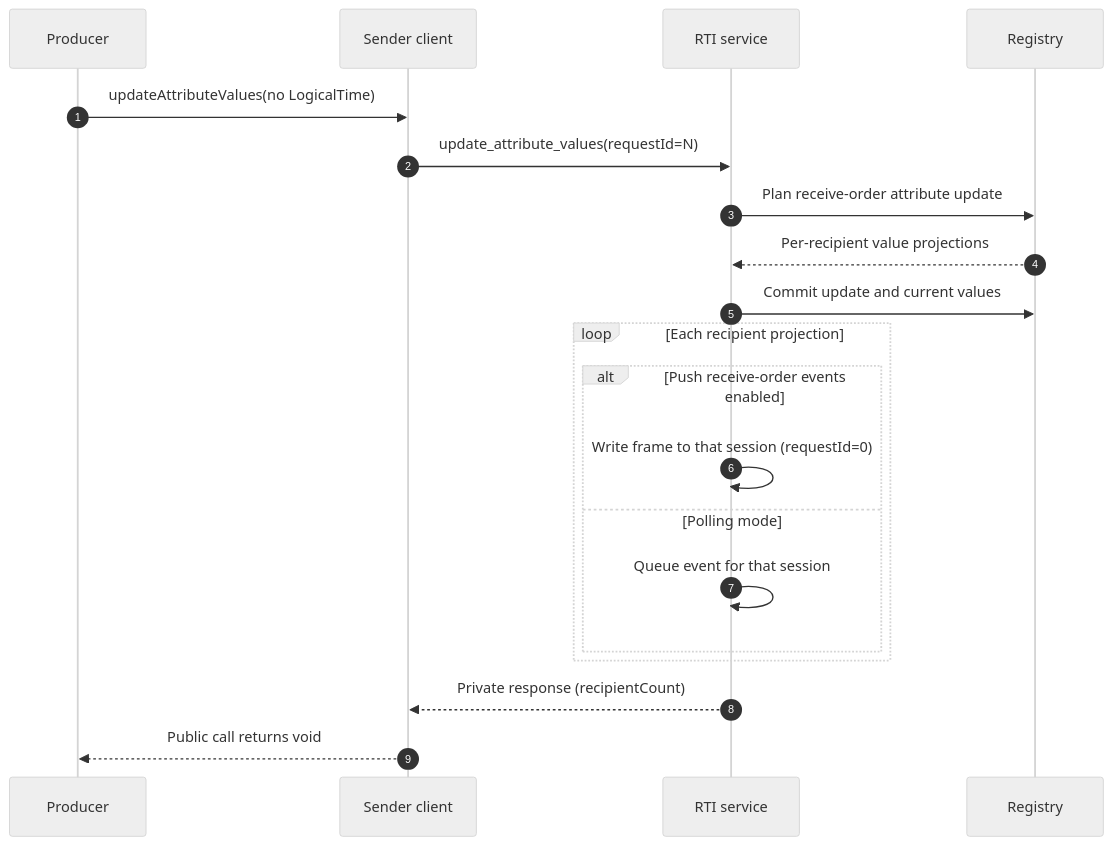
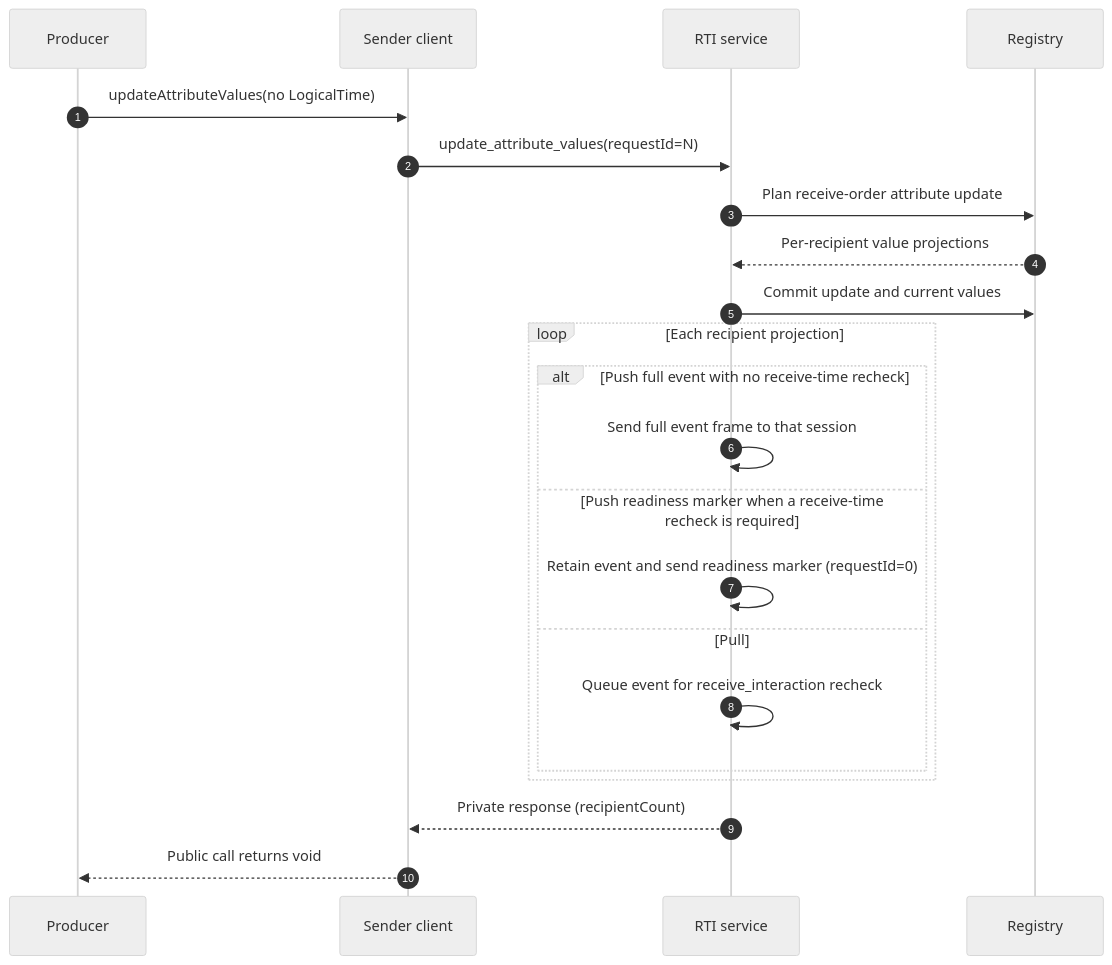
The ninth of 20 diagrams in docs/design/HLA-2025-PROCESS-ENDPOINT-REQUEST-AND-CALLBACK-FLOW-GUIDE.md (sheepfling/umbra), drawn with Mermaid (neutral theme) before and after one commit. The commit also changed other lines of this file and 39 other files, not shown here.

Commit message:
Document IEEE 1516.1-2025 behavior flows

````diff
--- a/docs/design/HLA-2025-PROCESS-ENDPOINT-REQUEST-AND-CALLBACK-FLOW-GUIDE.md
+++ b/docs/design/HLA-2025-PROCESS-ENDPOINT-REQUEST-AND-CALLBACK-FLOW-GUIDE.md
@@ -380,23 +528,25 @@
 ```mermaid
 sequenceDiagram
     autonumber
     participant P as Producer
     participant C as Sender client
     participant S as RTI service
     participant G as Registry
 
     P->>C: updateAttributeValues(no LogicalTime)
     C->>S: update_attribute_values(requestId=N)
     S->>G: Plan receive-order attribute update
     G-->>S: Per-recipient value projections
     S->>G: Commit update and current values
     loop Each recipient projection
-        alt Push receive-order events enabled
-            S->>S: Write frame to that session (requestId=0)
-        else Polling mode
-            S->>S: Queue event for that session
+        alt Push full event with no receive-time recheck
+            S->>S: Send full event frame to that session
+        else Push readiness marker when a receive-time recheck is required
+            S->>S: Retain event and send readiness marker (requestId=0)
+        else Pull
+            S->>S: Queue event for receive_interaction recheck
         end
     end
     S-->>C: Private response (recipientCount)
     C-->>P: Public call returns void
 ```
````
